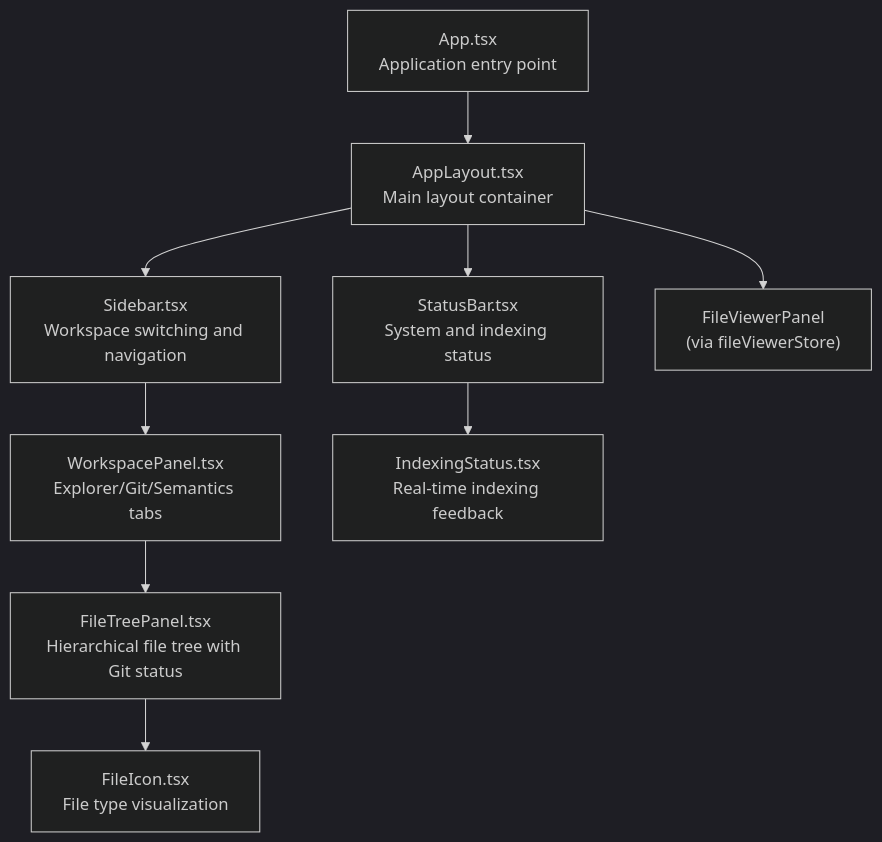
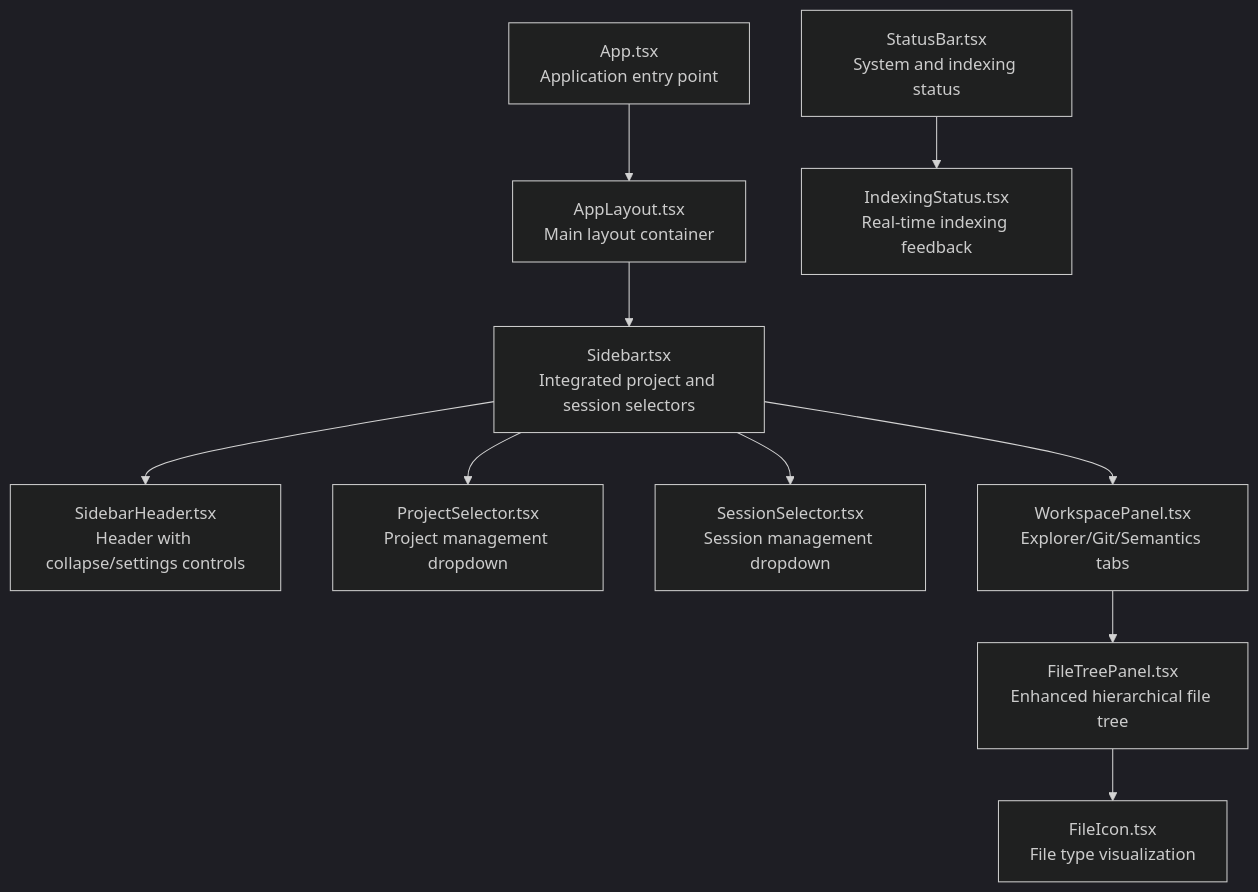
One commit to v0lka/c0wrk changed the first of 8 diagrams in .qoder/repowiki/en/content/Frontend Application/UI Components/Layout and Navigation Components.md. Above: the diagram before and after it, drawn with Mermaid (dark theme). The commit also changed other lines of this file and 13 other files, not shown here.

````diff
--- a/.qoder/repowiki/en/content/Frontend Application/UI Components/Layout and Navigation Components.md
+++ b/.qoder/repowiki/en/content/Frontend Application/UI Components/Layout and Navigation Components.md
@@ -39,11 +52,12 @@
 ```mermaid
 graph TB
 App["App.tsx<br/>Application entry point"] --> AppLayout["AppLayout.tsx<br/>Main layout container"]
-AppLayout --> Sidebar["Sidebar.tsx<br/>Workspace switching and navigation"]
-AppLayout --> StatusBar["StatusBar.tsx<br/>System and indexing status"]
-AppLayout --> FileViewer["FileViewerPanel<br/>(via fileViewerStore)"]
+AppLayout --> Sidebar["Sidebar.tsx<br/>Integrated project and session selectors"]
+Sidebar --> SidebarHeader["SidebarHeader.tsx<br/>Header with collapse/settings controls"]
+Sidebar --> ProjectSelector["ProjectSelector.tsx<br/>Project management dropdown"]
+Sidebar --> SessionSelector["SessionSelector.tsx<br/>Session management dropdown"]
 Sidebar --> WorkspacePanel["WorkspacePanel.tsx<br/>Explorer/Git/Semantics tabs"]
-WorkspacePanel --> FileTreePanel["FileTreePanel.tsx<br/>Hierarchical file tree with Git status"]
+WorkspacePanel --> FileTreePanel["FileTreePanel.tsx<br/>Enhanced hierarchical file tree"]
 FileTreePanel --> FileIcon["FileIcon.tsx<br/>File type visualization"]
-StatusBar --> IndexingStatus["IndexingStatus.tsx<br/>Real-time indexing feedback"]
+StatusBar["StatusBar.tsx<br/>System and indexing status"] --> IndexingStatus["IndexingStatus.tsx<br/>Real-time indexing feedback"]
 ```
````
